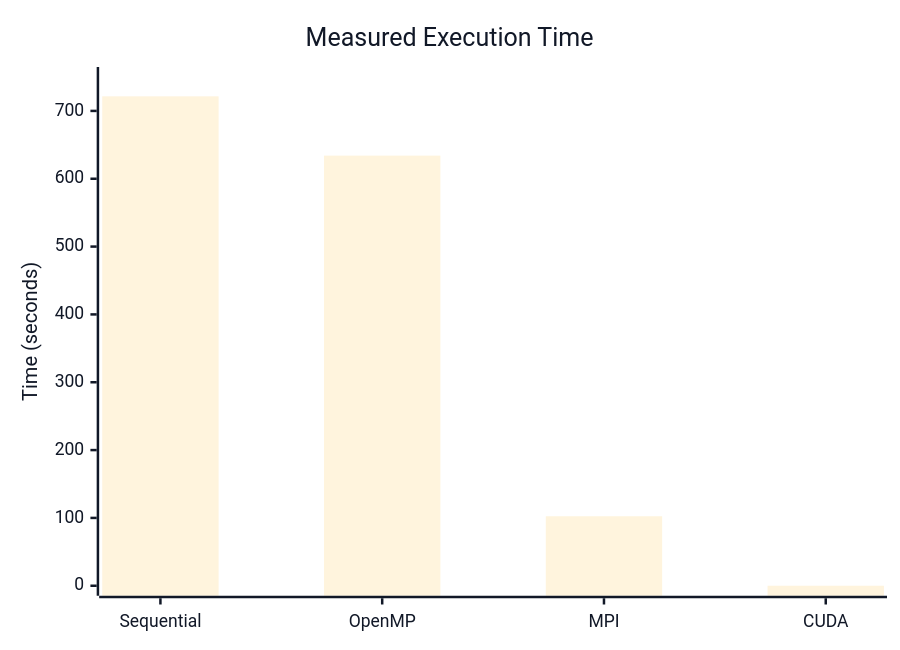
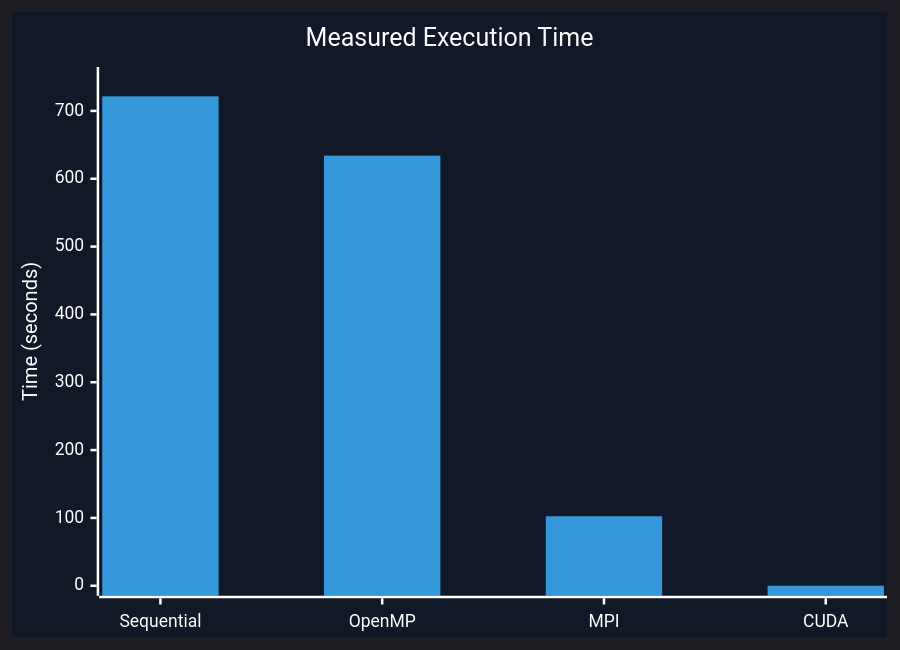
The second of 2 diagrams in README.md (Rakshitakademani/PGC-Exp1-Parallel-Matrix-Multiplication), drawn with Mermaid before and after one commit.

```````diff
--- a/README.md
+++ b/README.md
@@ -296,9 +296,20 @@
 ```mermaid
-%%{init: {'theme':'base','themeVariables':{'background':'#ffffff','primaryColor':'#808080','primaryBorderColor':'#606060','primaryTextColor':'#111827','lineColor':'#6b7280','textColor':'#111827','fontFamily':'Arial'}}}%%
+%%{init: {
+  "theme": "dark",
+  "themeVariables": {
+    "background": "#111827",
+    "primaryColor": "#808080",
+    "primaryBorderColor": "#A0A0A0",
+    "primaryTextColor": "#FFFFFF",
+    "lineColor": "#9CA3AF",
+    "textColor": "#FFFFFF",
+    "fontFamily": "Arial"
+  }
+}}%%
 xychart-beta
     title "Measured Execution Time"
     x-axis [Sequential, OpenMP, MPI, CUDA]
     y-axis "Time (seconds)" 0 --> 750
     bar [721.508167, 634.089440, 102.444853, 0.017623]
 
 ``````
```````
